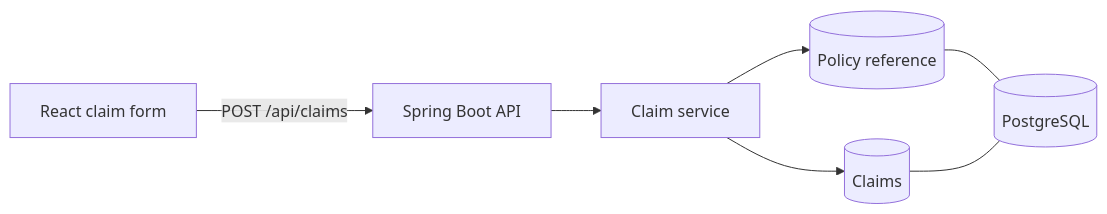
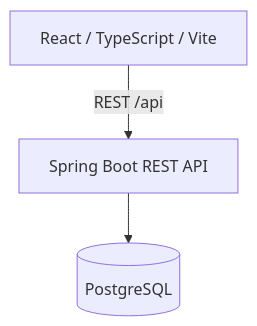
The second of 2 diagrams in README.md (iremdinc22/claims-agent-team), drawn with Mermaid before and after one commit. The commit also changed other lines of this file, not shown here.

````diff
--- a/README.md
+++ b/README.md
@@ -81,9 +75,5 @@
 ```mermaid
-flowchart LR
-    UI[React claim form] -->|POST /api/claims| API[Spring Boot API]
-    API --> SVC[Claim service]
-    SVC --> POLICY[(Policy reference)]
-    SVC --> CLAIMS[(Claims)]
-    POLICY --- DB[(PostgreSQL)]
-    CLAIMS --- DB
+flowchart TD
+    UI[React / TypeScript / Vite] -->|REST /api| API[Spring Boot REST API]
+    API --> DB[(PostgreSQL)]
 ```
````
